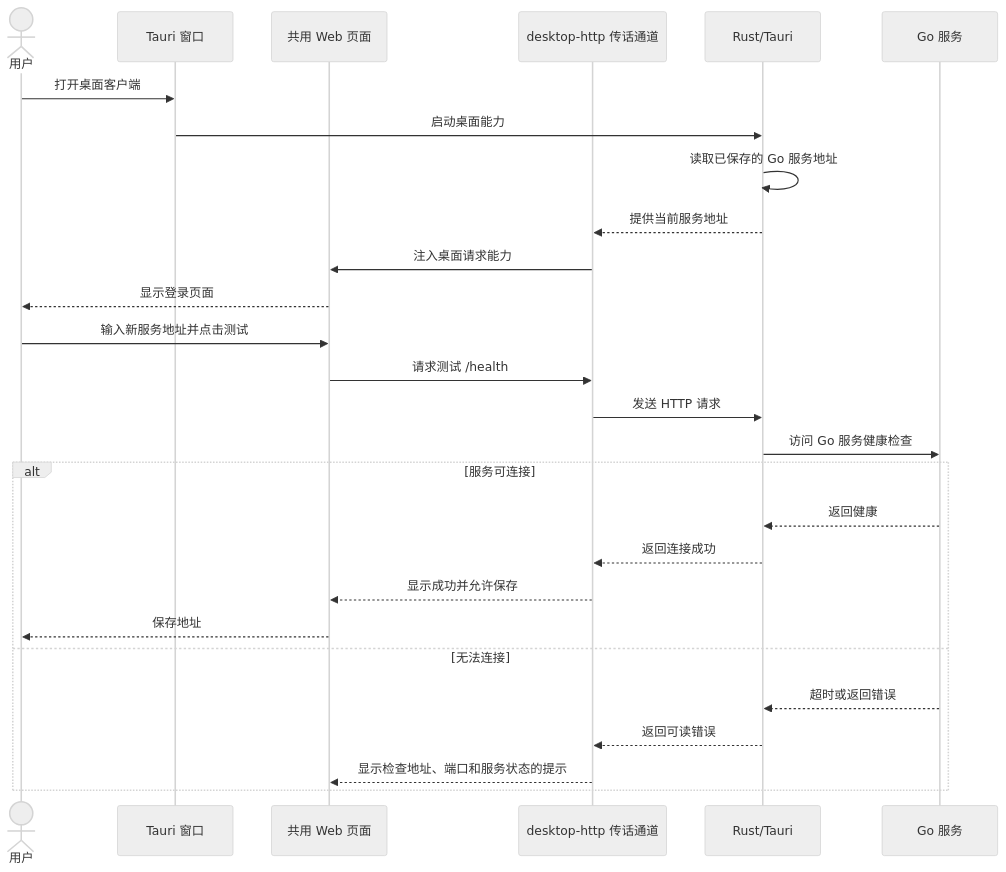
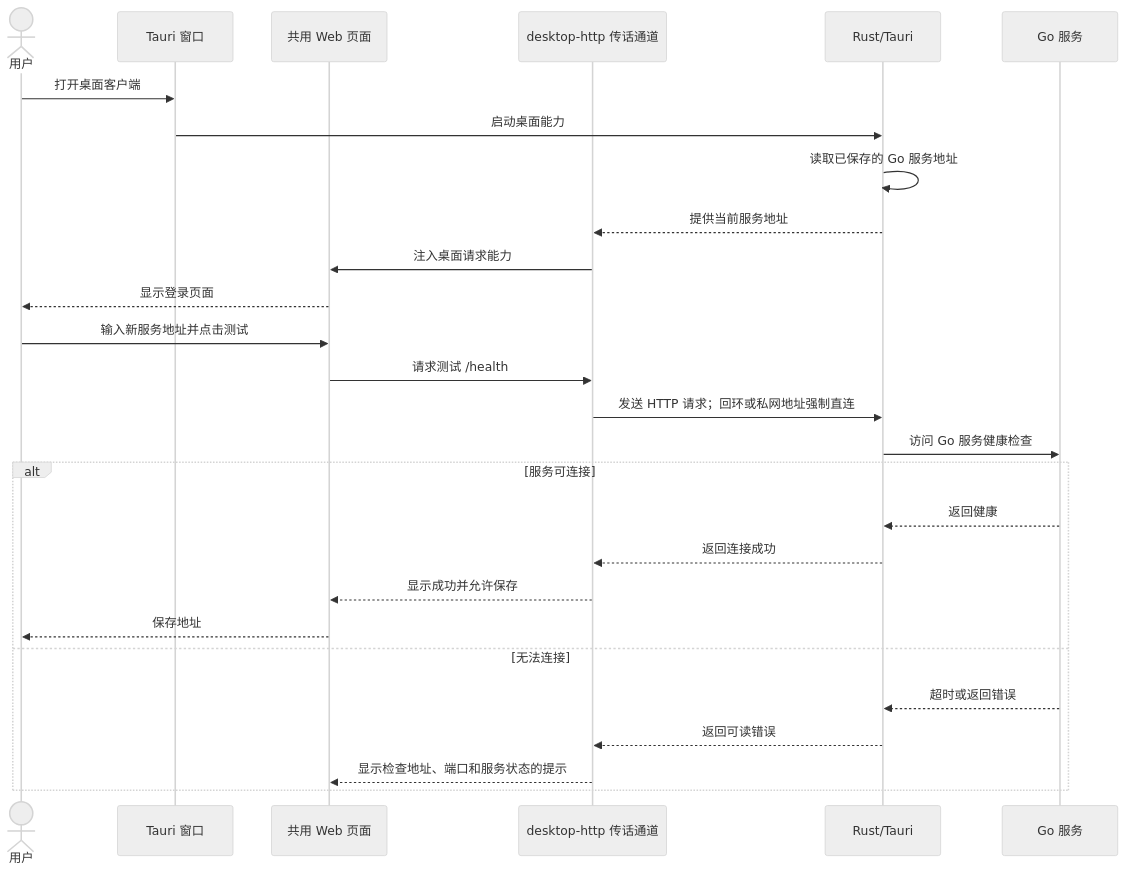
The sixth of 7 diagrams in docs/WEB_CLIENT_ARCHITECTURE.md (SilenceJR/bb_erp_echo), drawn with Mermaid (neutral theme) before and after one commit. The commit also changed other lines of this file and 65 other files, not shown here.

```diff
--- a/docs/WEB_CLIENT_ARCHITECTURE.md
+++ b/docs/WEB_CLIENT_ARCHITECTURE.md
@@ -219,31 +221,31 @@
 ~~~mermaid
 sequenceDiagram
     actor user as 用户
     participant window as Tauri 窗口
     participant shared as 共用 Web 页面
     participant bridge as desktop-http 传话通道
     participant rust as Rust/Tauri
     participant server as Go 服务
 
     user->>window: 打开桌面客户端
     window->>rust: 启动桌面能力
     rust->>rust: 读取已保存的 Go 服务地址
     rust-->>bridge: 提供当前服务地址
     bridge->>shared: 注入桌面请求能力
     shared-->>user: 显示登录页面
 
     user->>shared: 输入新服务地址并点击测试
     shared->>bridge: 请求测试 /health
-    bridge->>rust: 发送 HTTP 请求
+    bridge->>rust: 发送 HTTP 请求；回环或私网地址强制直连
     rust->>server: 访问 Go 服务健康检查
     alt 服务可连接
         server-->>rust: 返回健康
         rust-->>bridge: 返回连接成功
         bridge-->>shared: 显示成功并允许保存
         shared-->>user: 保存地址
     else 无法连接
         server-->>rust: 超时或返回错误
         rust-->>bridge: 返回可读错误
         bridge-->>shared: 显示检查地址、端口和服务状态的提示
     end
 ~~~
```
